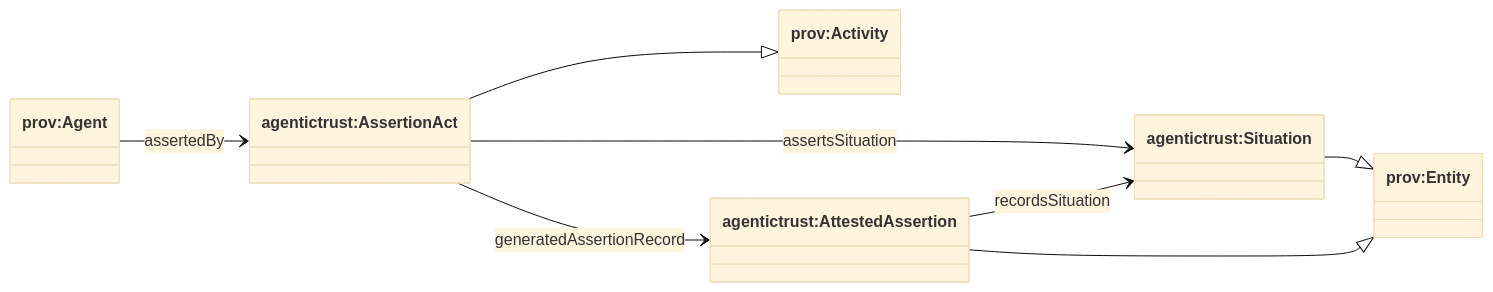
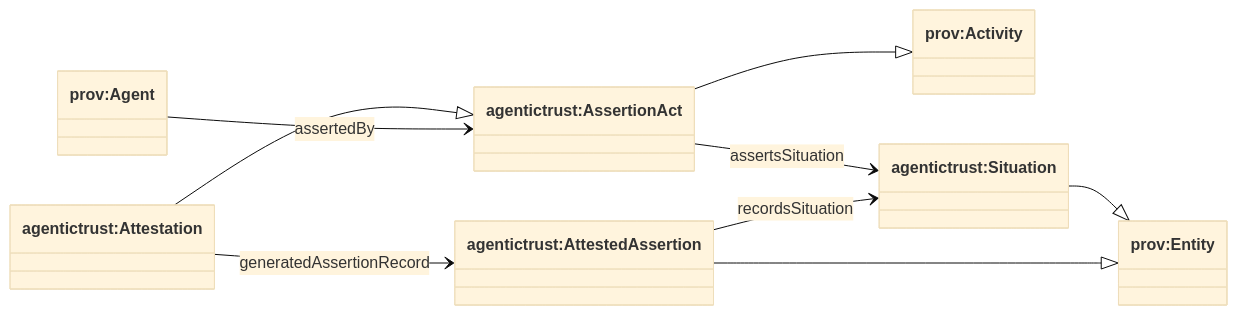
The first of 3 diagrams in docs/ontology/trust-graph.md (Agentic-Trust-Layer/agent-explorer), drawn with Mermaid (base theme) before and after one commit. The commit also changed other lines of this file and 6 other files, not shown here.

````diff
--- a/docs/ontology/trust-graph.md
+++ b/docs/ontology/trust-graph.md
@@ -12,21 +13,23 @@
 ```mermaid
 classDiagram
 direction LR
 
 class provEntity["prov:Entity"]
 class provActivity["prov:Activity"]
 class provAgent["prov:Agent"]
 
 class Situation["agentictrust:Situation"]
 class AssertionAct["agentictrust:AssertionAct"]
+class Attestation["agentictrust:Attestation"]
 class AttestedAssertion["agentictrust:AttestedAssertion"]
 
 Situation --|> provEntity
 AssertionAct --|> provActivity
+Attestation --|> AssertionAct
 AttestedAssertion --|> provEntity
 
 provAgent --> AssertionAct : assertedBy
 AssertionAct --> Situation : assertsSituation
-AssertionAct --> AttestedAssertion : generatedAssertionRecord
+Attestation --> AttestedAssertion : generatedAssertionRecord
 AttestedAssertion --> Situation : recordsSituation
 ```
````
